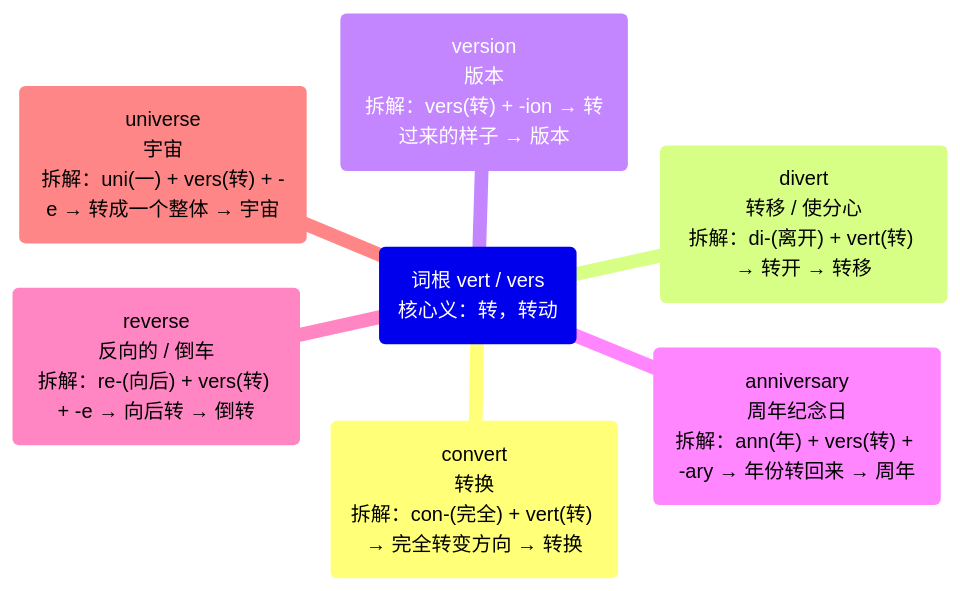
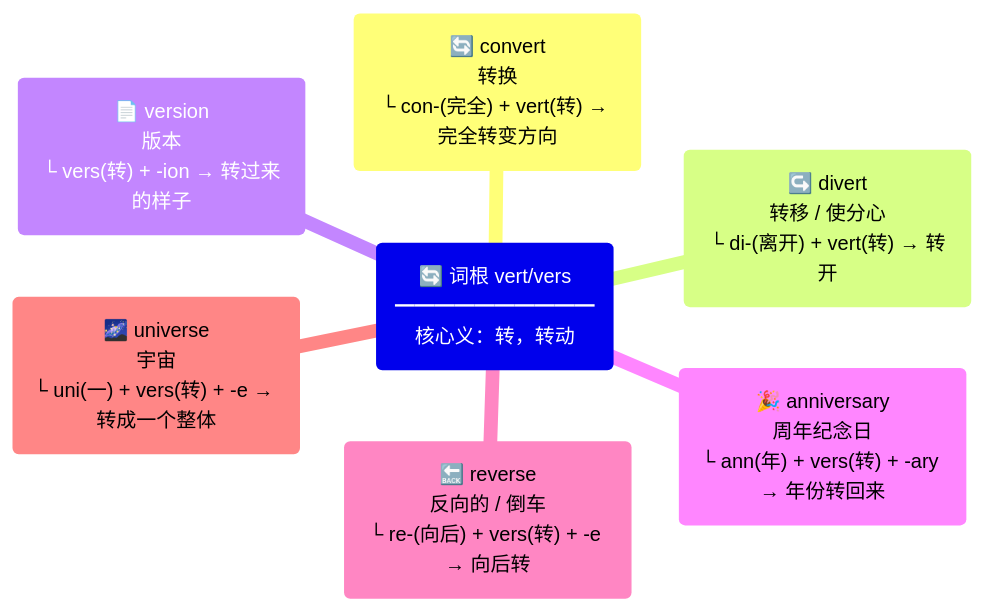
Before and after one commit to suhuide/h: diagram 14 of 31 in files/other/e.md, drawn with Mermaid. The commit also changed other lines of this file, not shown here.

````diff
--- a/files/other/e.md
+++ b/files/other/e.md
@@ -147,10 +147,10 @@
 ```mermaid
 mindmap
-  root("词根 vert / vers<br>核心义：转，转动")
-    convert("convert<br>转换<br>拆解：con-(完全) + vert(转) → 完全转变方向 → 转换")
-    divert("divert<br>转移 / 使分心<br>拆解：di-(离开) + vert(转) → 转开 → 转移")
-    version("version<br>版本<br>拆解：vers(转) + -ion → 转过来的样子 → 版本")
-    anniversary("anniversary<br>周年纪念日<br>拆解：ann(年) + vers(转) + -ary → 年份转回来 → 周年")
-    reverse("reverse<br>反向的 / 倒车<br>拆解：re-(向后) + vers(转) + -e → 向后转 → 倒转")
-    universe("universe<br>宇宙<br>拆解：uni(一) + vers(转) + -e → 转成一个整体 → 宇宙")
+  root("🔄 词根 vert/vers<br>━━━━━━━━━━<br>核心义：转，转动")
+    convert("🔄 convert<br>转换<br>└ con-(完全) + vert(转) → 完全转变方向")
+    divert("↪️ divert<br>转移 / 使分心<br>└ di-(离开) + vert(转) → 转开")
+    version("📄 version<br>版本<br>└ vers(转) + -ion → 转过来的样子")
+    anniversary("🎉 anniversary<br>周年纪念日<br>└ ann(年) + vers(转) + -ary → 年份转回来")
+    reverse("🔙 reverse<br>反向的 / 倒车<br>└ re-(向后) + vers(转) + -e → 向后转")
+    universe("🌌 universe<br>宇宙<br>└ uni(一) + vers(转) + -e → 转成一个整体")
 ```
````
